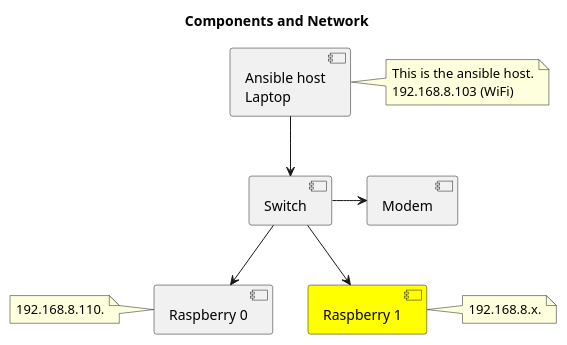
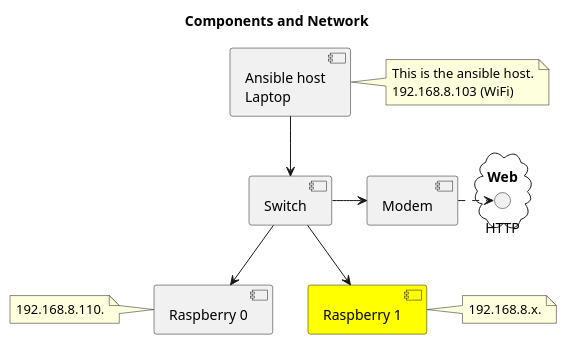
The diagram in components.plantuml (yeehazerog/raspi-ansible), drawn with PlantUML before and after one commit.

Commit message:
Added web

```diff
--- a/components.plantuml
+++ b/components.plantuml
@@ -1,35 +1,40 @@
 @startuml
 
 scale max 600 width
 
 title            Components and Network
 
 component [Ansible host\nLaptop] as host
 
 component [Switch] as switch
 component [Modem] as modem
+component [Web] as web
 
 component [Raspberry 1] as RPI1 #yellow
 component [Raspberry 0] as RPI0
+
+cloud "web" {
+  modem .right.> HTTP
+}
 
 ' links
 host --> switch
 switch -right-> modem
 switch --> RPI0
 switch --> RPI1
 
 ' notes
 note right of host
   This is the ansible host.
   192.168.8.103 (WiFi)
 end note
 
 note left of RPI0
   192.168.8.110.
 end note
 
 note right of RPI1
   192.168.8.x.
 end note
 
 @enduml
```
